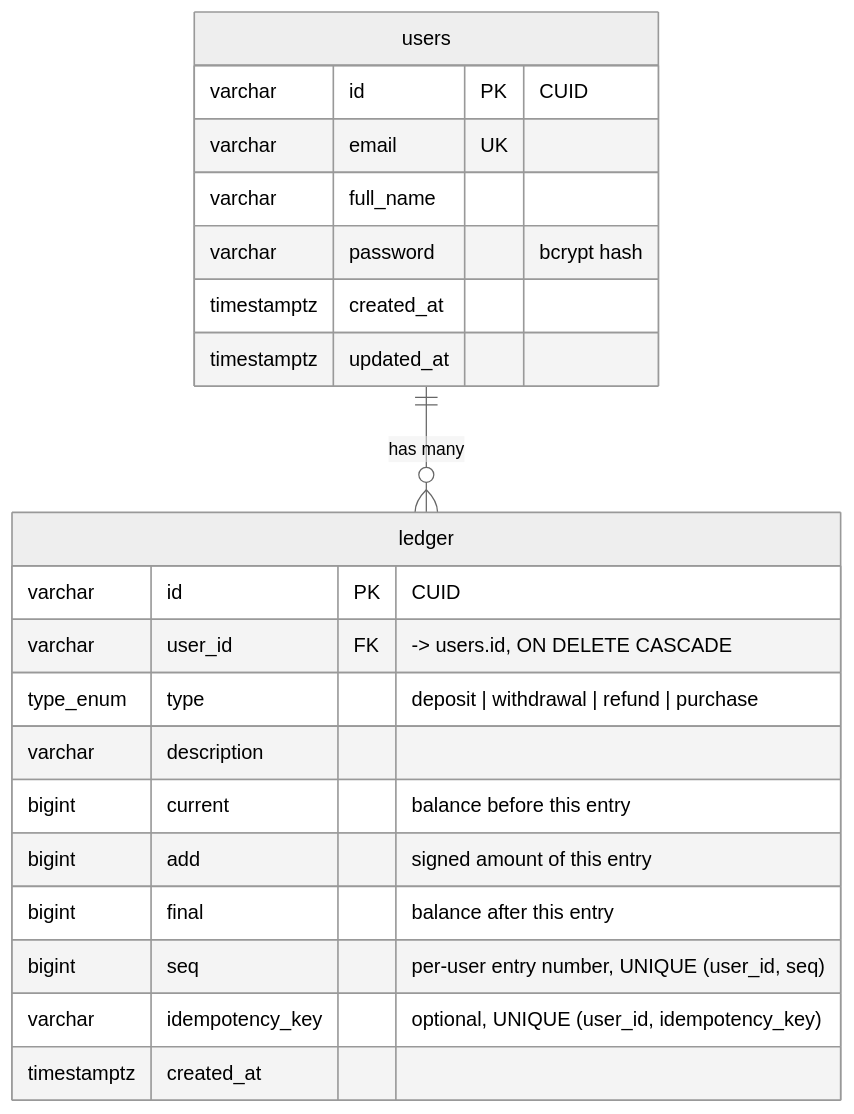
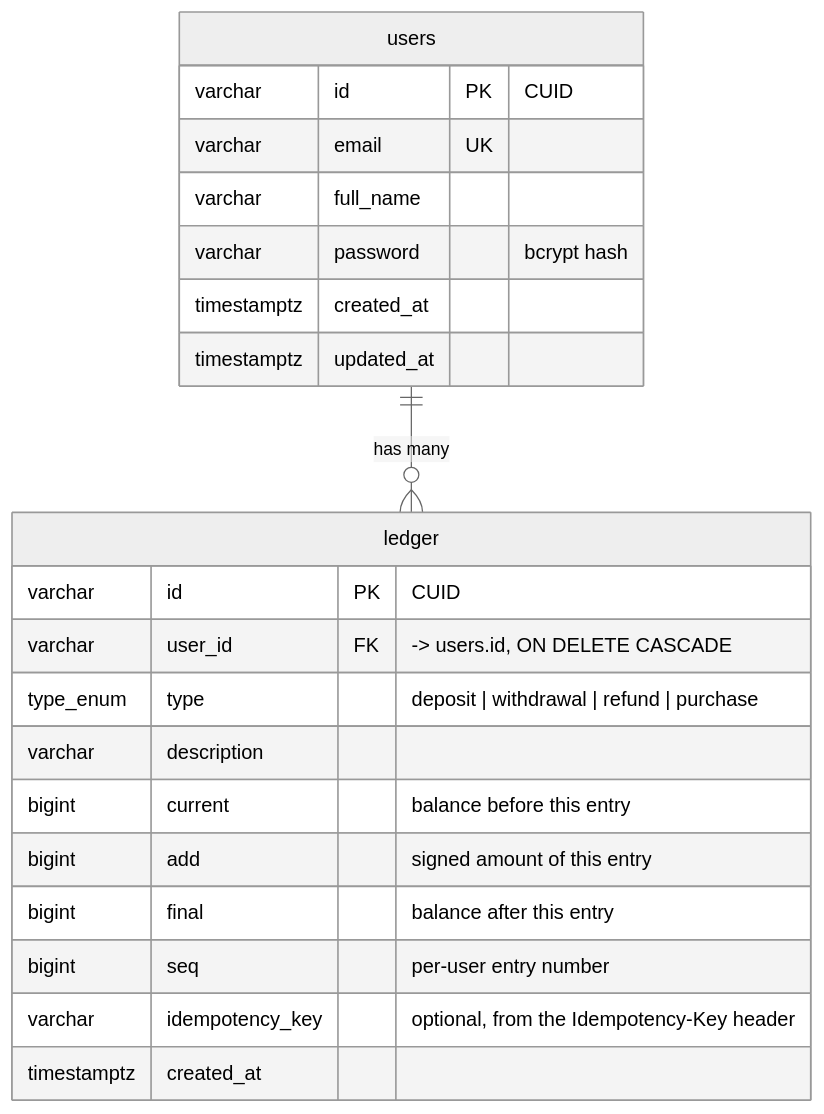
One commit to YungBenn/balance-ledger-database-design changed the first of 2 diagrams in README.md. Above: the diagram before and after it, drawn with Mermaid (neutral theme). The commit also changed other lines of this file, not shown here.

````diff
--- a/README.md
+++ b/README.md
@@ -27,26 +28,26 @@
 ```mermaid
 erDiagram
     users ||--o{ ledger : "has many"
 
     users {
         varchar id PK "CUID"
         varchar email UK
         varchar full_name
         varchar password "bcrypt hash"
         timestamptz created_at
         timestamptz updated_at
     }
 
     ledger {
         varchar id PK "CUID"
         varchar user_id FK "-> users.id, ON DELETE CASCADE"
         type_enum type "deposit | withdrawal | refund | purchase"
         varchar description
         bigint current "balance before this entry"
         bigint add "signed amount of this entry"
         bigint final "balance after this entry"
-        bigint seq "per-user entry number, UNIQUE (user_id, seq)"
-        varchar idempotency_key "optional, UNIQUE (user_id, idempotency_key)"
+        bigint seq "per-user entry number"
+        varchar idempotency_key "optional, from the Idempotency-Key header"
         timestamptz created_at
     }
 ```
````
